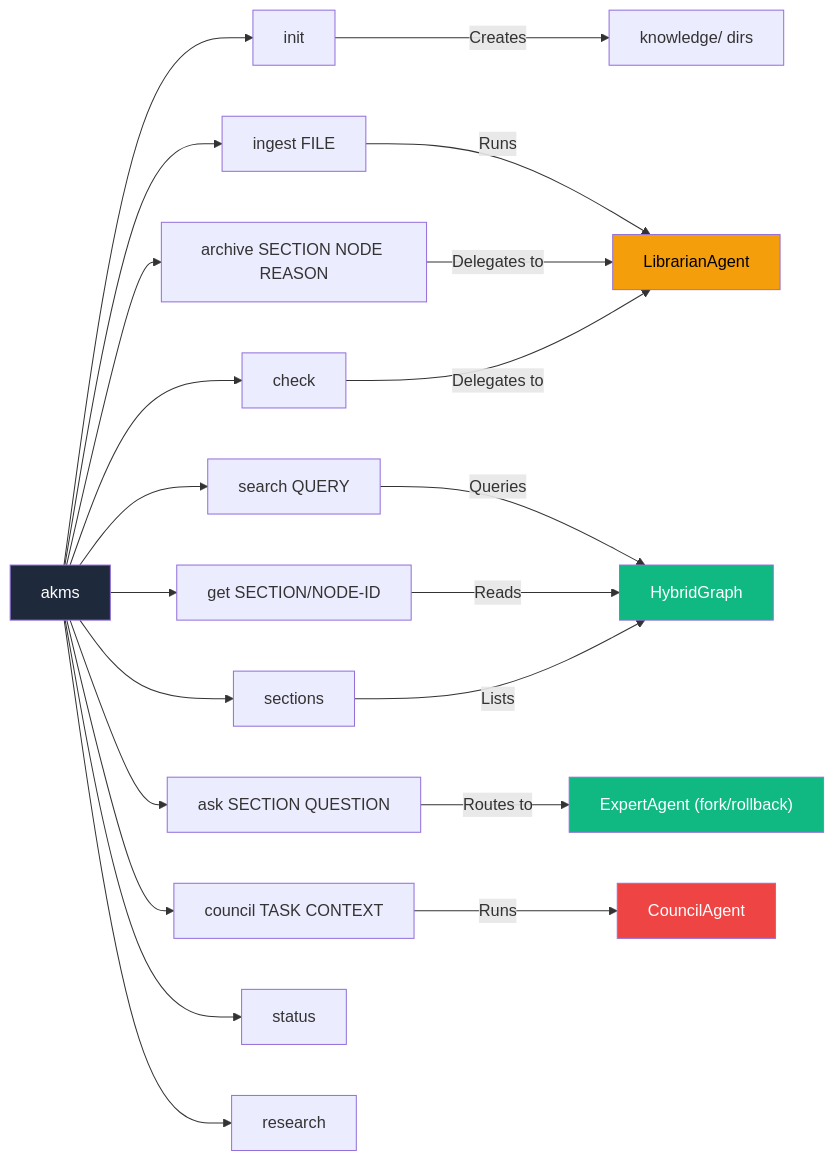
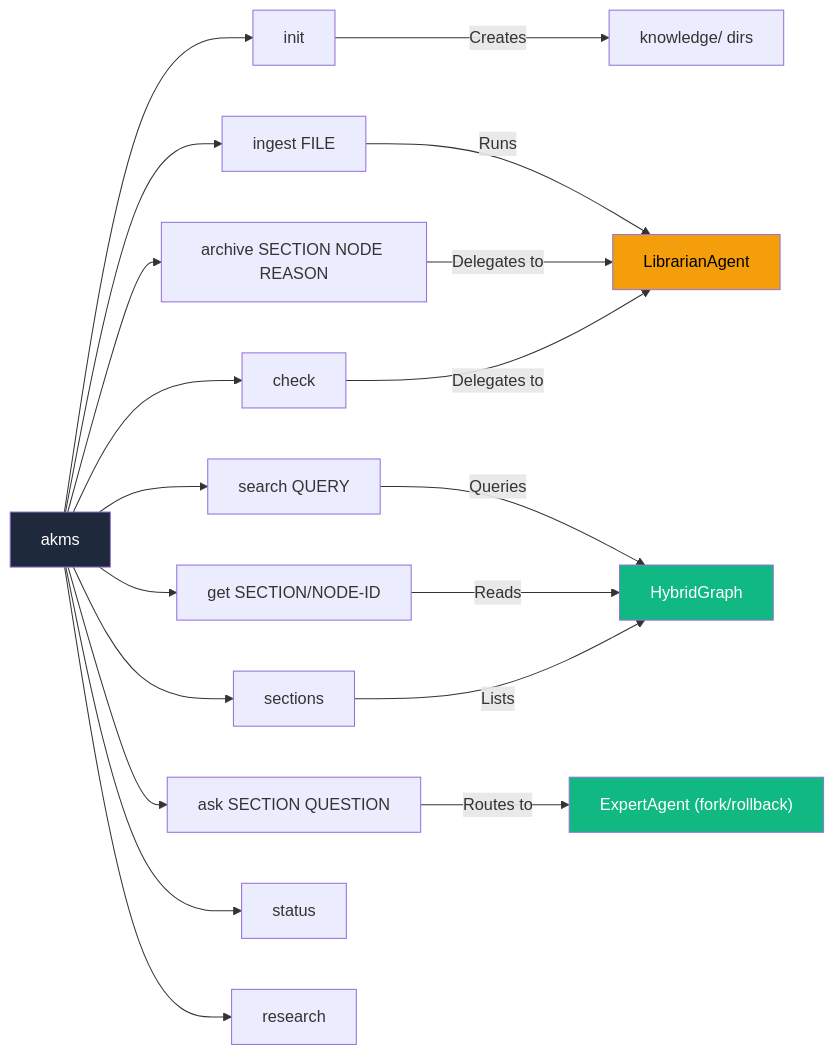
One commit to TheRealOP/Agent-Knowledge-Management-System changed diagram 13 of 17 in how-this-works.md. Above: the diagram before and after it, drawn with Mermaid. The commit also changed other lines of this file and 5 other files, not shown here.

````diff
--- a/how-this-works.md
+++ b/how-this-works.md
@@ -529,32 +518,29 @@
 ```mermaid
 flowchart LR
     CLI["akms"]
 
     CLI --> init["init"]
     CLI --> ingest["ingest FILE"]
     CLI --> search["search QUERY"]
     CLI --> ask["ask SECTION QUESTION"]
     CLI --> get["get SECTION/NODE-ID"]
     CLI --> sections["sections"]
     CLI --> archive["archive SECTION NODE REASON"]
     CLI --> check["check"]
-    CLI --> council["council TASK CONTEXT"]
     CLI --> status["status"]
     CLI --> research["research"]
 
     init -->|"Creates"| Dirs["knowledge/ dirs"]
     ingest -->|"Runs"| Librarian["LibrarianAgent"]
     search -->|"Queries"| KG["HybridGraph"]
     ask -->|"Routes to"| Expert["ExpertAgent (fork/rollback)"]
     get -->|"Reads"| KG
     sections -->|"Lists"| KG
     archive -->|"Delegates to"| Librarian
     check -->|"Delegates to"| Librarian
-    council -->|"Runs"| CouncilAgent["CouncilAgent"]
 
     style CLI fill:#1e293b,color:#fff
     style Expert fill:#10b981,color:#fff
     style Librarian fill:#f59e0b,color:#000
-    style CouncilAgent fill:#ef4444,color:#fff
     style KG fill:#10b981,color:#fff
 ```
````
